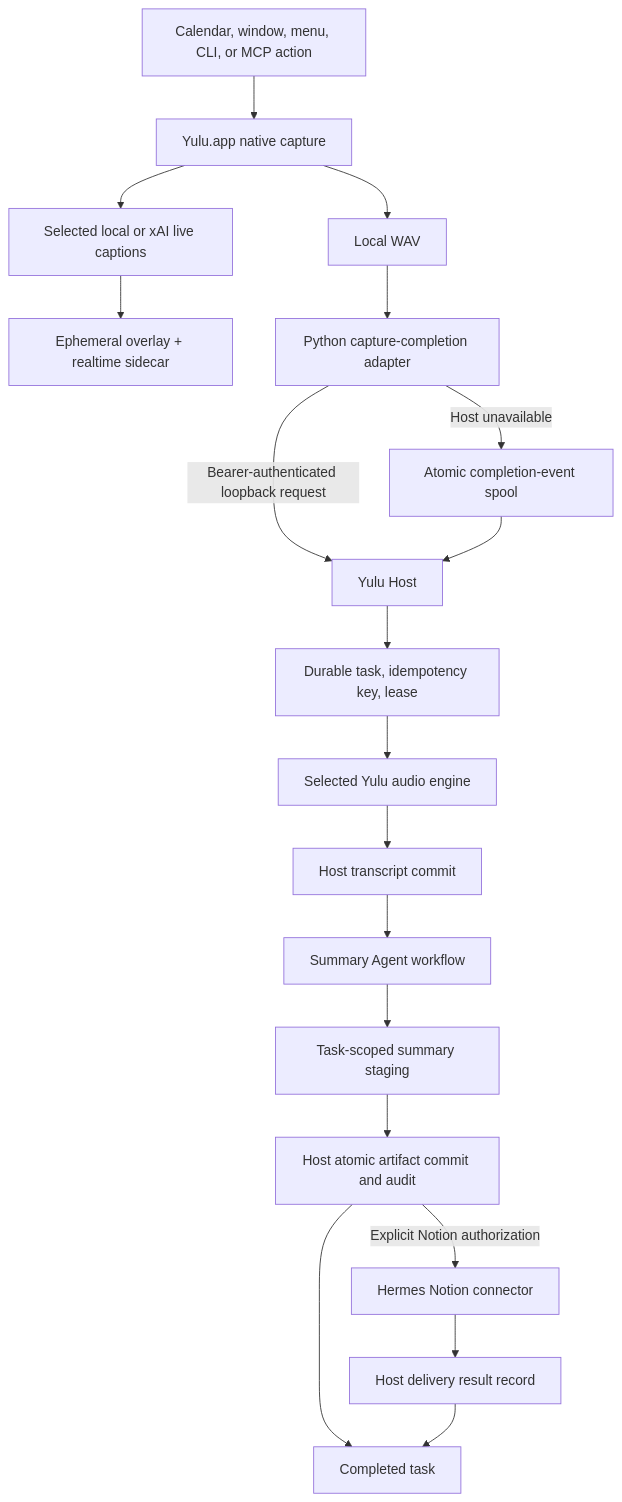
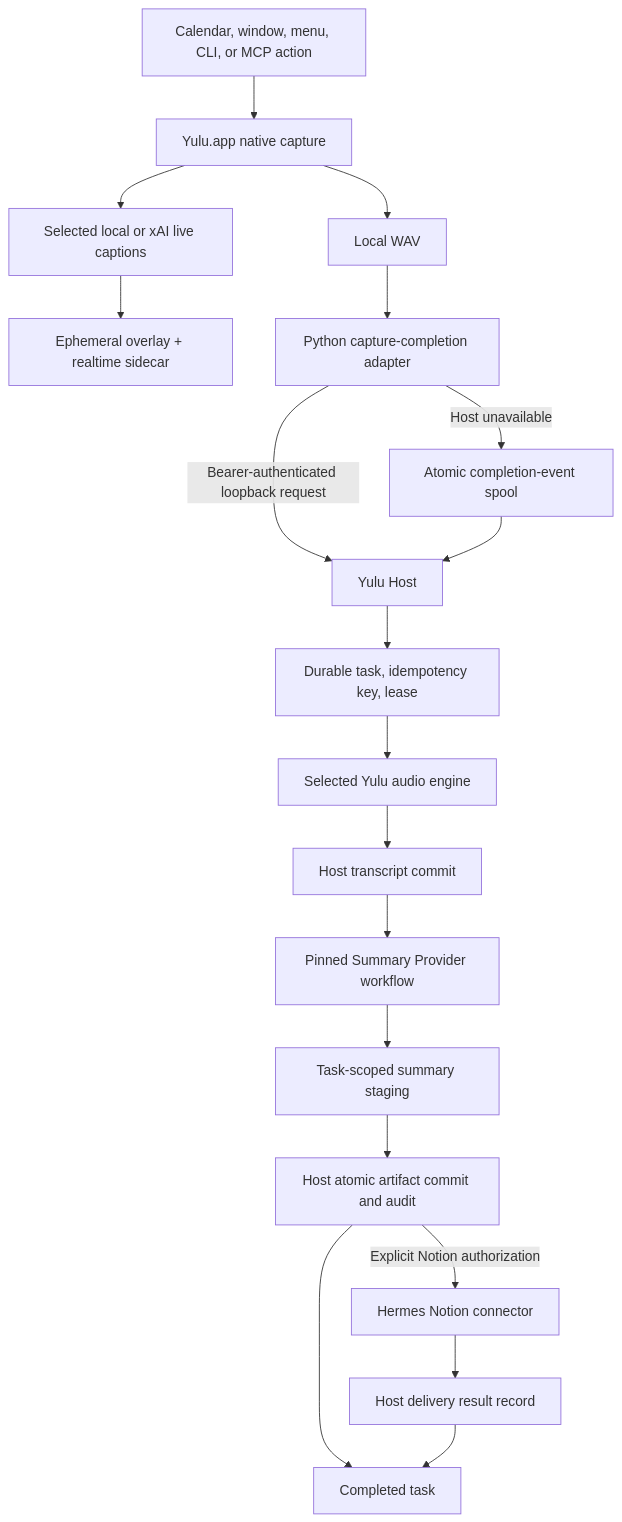
The first of 2 diagrams in docs/ARCHITECTURE.md (Nowhitestar/Yulu), drawn with Mermaid before and after one commit. The commit also changed other lines of this file and 6 other files, not shown here.

````diff
--- a/docs/ARCHITECTURE.md
+++ b/docs/ARCHITECTURE.md
@@ -54,21 +56,21 @@
 ```mermaid
 flowchart TD
     A["Calendar, window, menu, CLI, or MCP action"] --> B["Yulu.app native capture"]
     B --> C["Local WAV"]
     B --> O["Selected local or xAI live captions"]
     O --> P["Ephemeral overlay + realtime sidecar"]
     C --> D["Python capture-completion adapter"]
     D -->|"Bearer-authenticated loopback request"| E["Yulu Host"]
     D -->|"Host unavailable"| F["Atomic completion-event spool"]
     F --> E
     E --> G["Durable task, idempotency key, lease"]
     G --> H["Selected Yulu audio engine"]
     H --> Q["Host transcript commit"]
-    Q --> I["Summary Agent workflow"]
+    Q --> I["Pinned Summary Provider workflow"]
     I --> J["Task-scoped summary staging"]
     J --> K["Host atomic artifact commit and audit"]
     K -->|"Explicit Notion authorization"| L["Hermes Notion connector"]
     L --> M["Host delivery result record"]
     K --> N["Completed task"]
     M --> N
 ```
````
